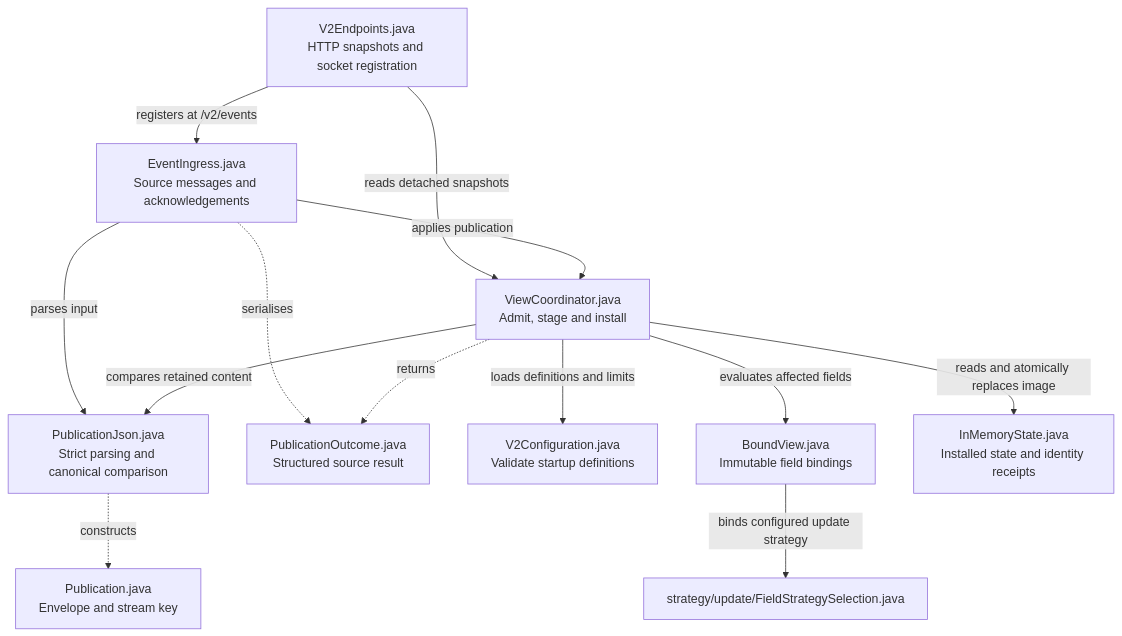
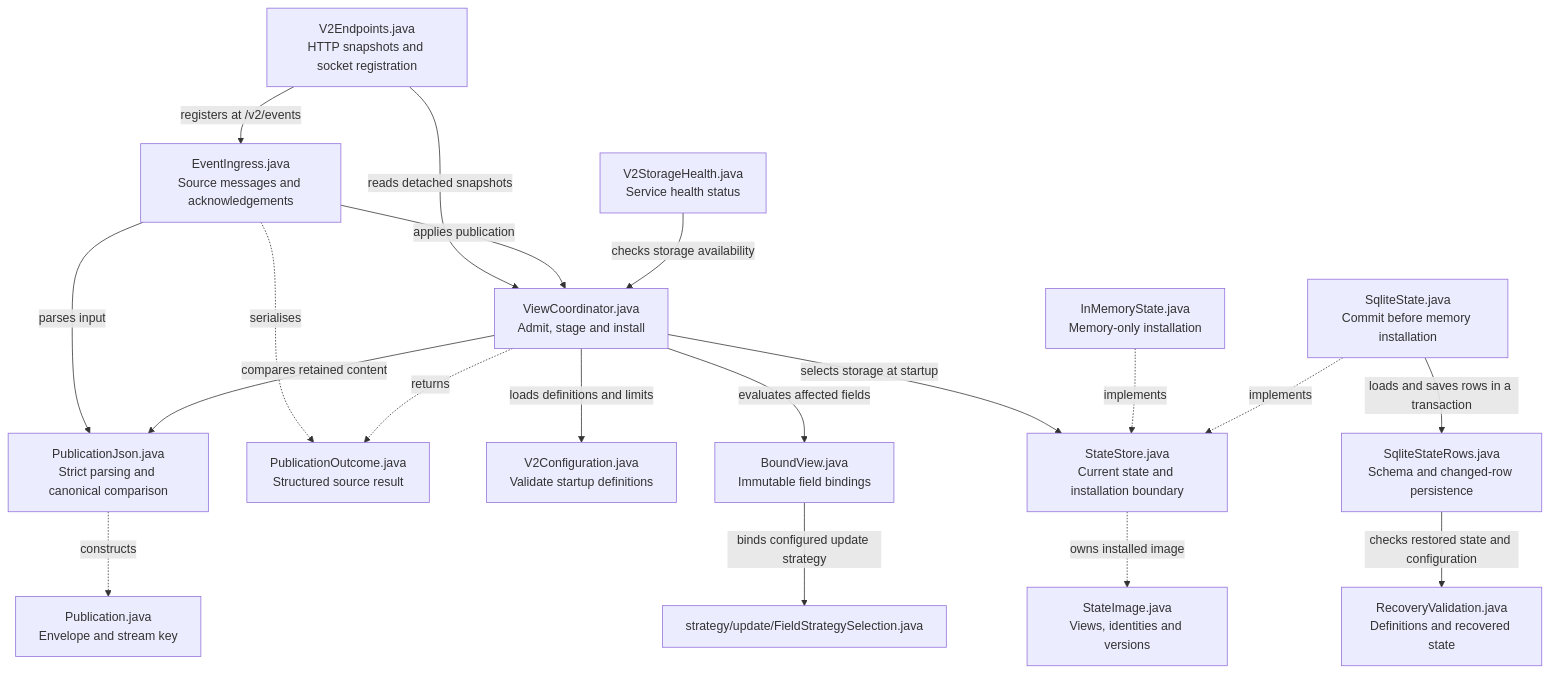
One commit to sproates/zooglass changed the fourth of 4 diagrams in zooglass/docs/source-map.md. Above: the diagram before and after it, drawn with Mermaid. The commit also changed other lines of this file and 23 other files, not shown here.

Commit message:
Persist v2 state and publication identities in SQLite (#121)

````diff
--- a/zooglass/docs/source-map.md
+++ b/zooglass/docs/source-map.md
@@ -146,26 +146,38 @@
 ```mermaid
 flowchart TB
   endpoints["V2Endpoints.java<br/>HTTP snapshots and socket registration"]
   ingress["EventIngress.java<br/>Source messages and acknowledgements"]
   parser["PublicationJson.java<br/>Strict parsing and canonical comparison"]
   publication["Publication.java<br/>Envelope and stream key"]
   outcome["PublicationOutcome.java<br/>Structured source result"]
   coordinator["ViewCoordinator.java<br/>Admit, stage and install"]
   config["V2Configuration.java<br/>Validate startup definitions"]
   bound["BoundView.java<br/>Immutable field bindings"]
-  state["InMemoryState.java<br/>Installed state and identity receipts"]
+  store["StateStore.java<br/>Current state and installation boundary"]
+  state["InMemoryState.java<br/>Memory-only installation"]
+  sqlite["SqliteState.java<br/>Commit before memory installation"]
+  rows["SqliteStateRows.java<br/>Schema and changed-row persistence"]
+  recovery["RecoveryValidation.java<br/>Definitions and recovered state"]
+  image["StateImage.java<br/>Views, identities and versions"]
+  health["V2StorageHealth.java<br/>Service health status"]
   selection["strategy/update/FieldStrategySelection.java"]
 
   endpoints -->|registers at /v2/events| ingress
   endpoints -->|reads detached snapshots| coordinator
   ingress -->|parses input| parser
   parser -.->|constructs| publication
   ingress -->|applies publication| coordinator
   ingress -.->|serialises| outcome
   coordinator -->|loads definitions and limits| config
   coordinator -->|compares retained content| parser
   coordinator -->|evaluates affected fields| bound
-  coordinator -->|reads and atomically replaces image| state
+  coordinator -->|selects storage at startup| store
+  state -.->|implements| store
+  sqlite -.->|implements| store
+  store -.->|owns installed image| image
+  sqlite -->|loads and saves rows in a transaction| rows
+  rows -->|checks restored state and configuration| recovery
+  health -->|checks storage availability| coordinator
   coordinator -.->|returns| outcome
   bound -->|binds configured update strategy| selection
 ```
````
